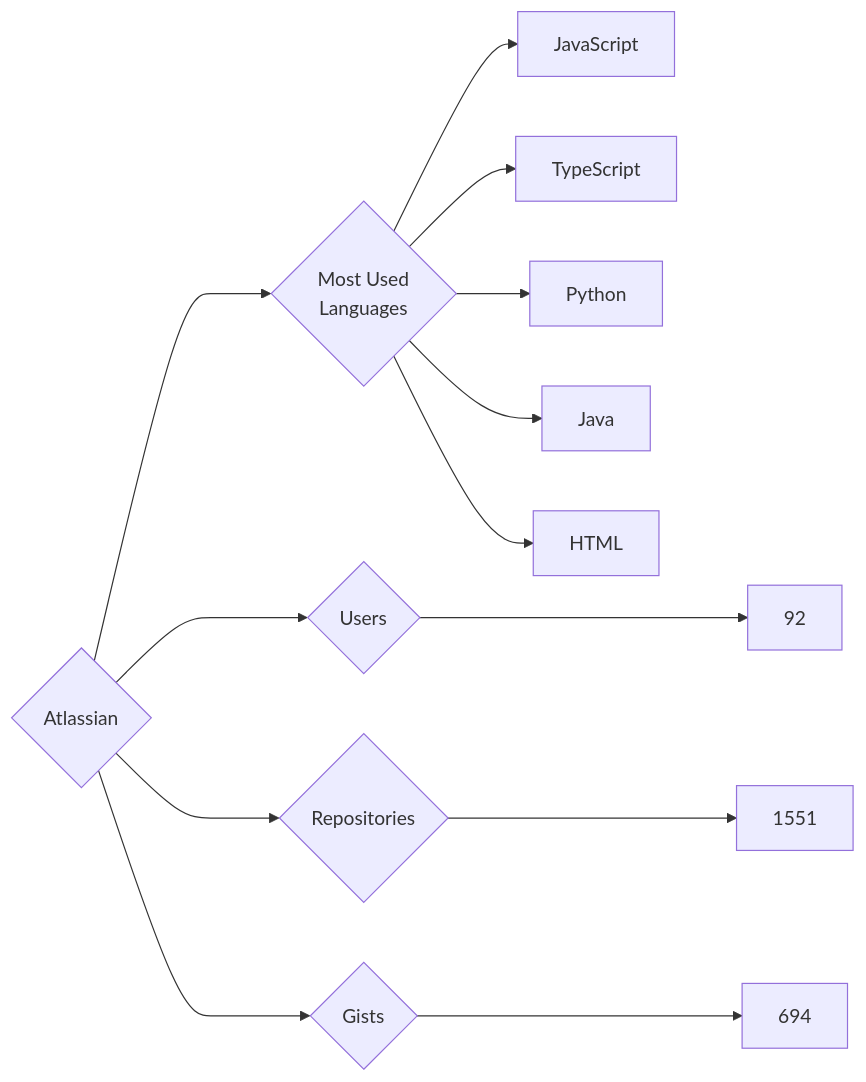
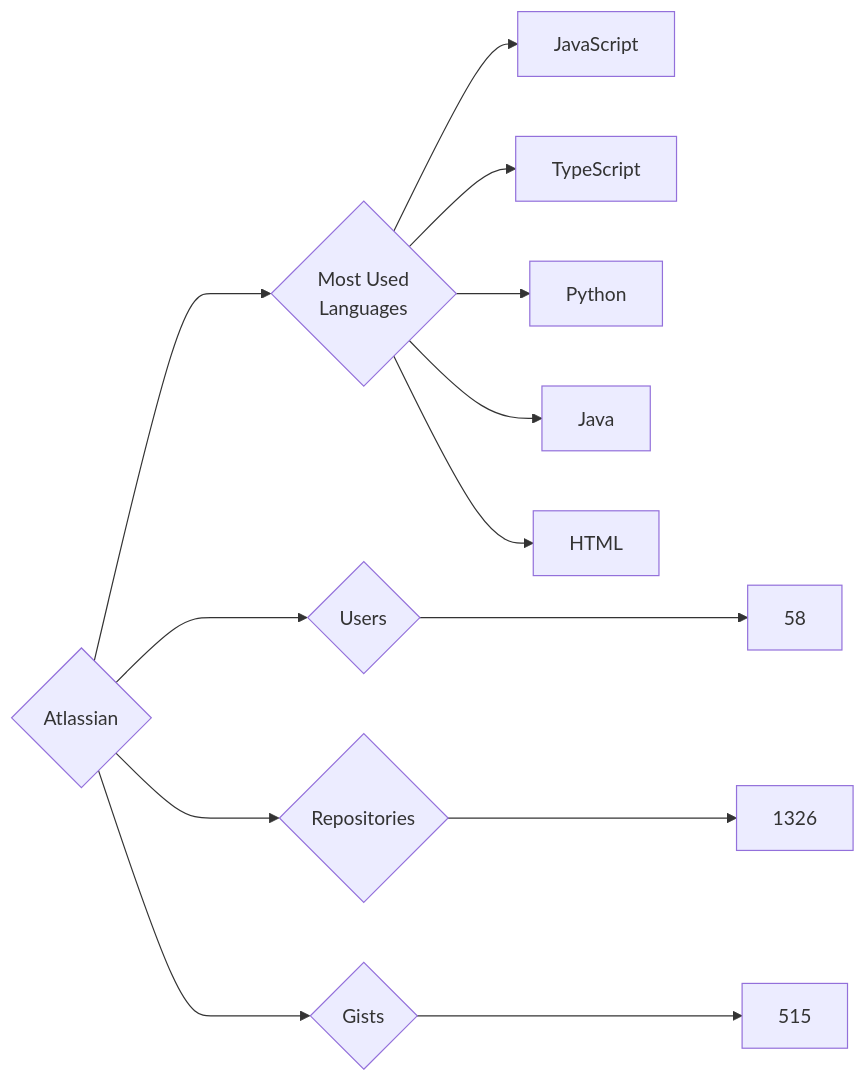
The diagram in targets/Atlassian/README.md (trickest/insiders), drawn with Mermaid before and after one commit. The commit also changed 925 other files, not shown here.

````diff
--- a/targets/Atlassian/README.md
+++ b/targets/Atlassian/README.md
@@ -3,13 +3,13 @@
 ```mermaid
 graph LR
 COMPANY_NAME{Atlassian}
-COMPANY_NAME ---> U{Users} ---> UN[92]
-COMPANY_NAME ---> R{Repositories} ---> RN[1551]
-COMPANY_NAME ---> G{Gists} ---> GN[694]
+COMPANY_NAME ---> U{Users} ---> UN[58]
+COMPANY_NAME ---> R{Repositories} ---> RN[1326]
+COMPANY_NAME ---> G{Gists} ---> GN[515]
 COMPANY_NAME ---> ML{Most Used<br>Languages}
 ML --> JavaScript[JavaScript]
 ML --> TypeScript[TypeScript]
 ML --> Python[Python]
 ML --> Java[Java]
 ML --> HTML[HTML]
 ```
````
